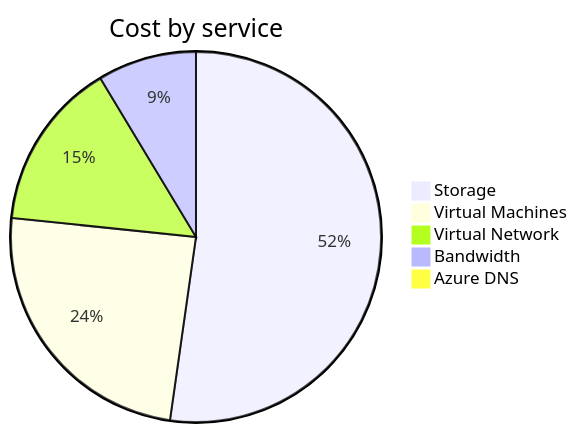
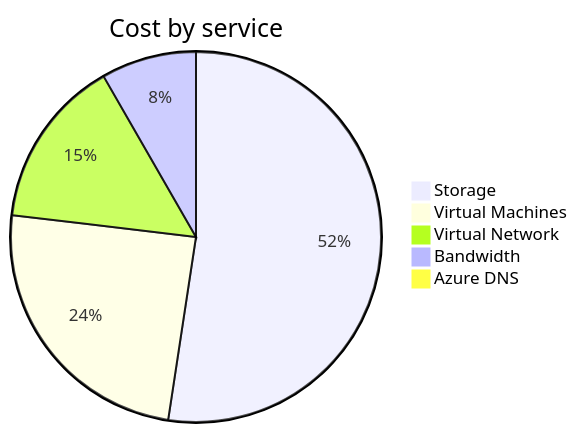
Before and after one commit to jpfulton/azure-personal-reports: the second of 4 diagrams in cost-reports/personal-network/README.md, drawn with Mermaid. The commit also changed other lines of this file and 8 other files, not shown here.

````diff
--- a/cost-reports/personal-network/README.md
+++ b/cost-reports/personal-network/README.md
@@ -85,9 +99,9 @@
 ```mermaid
 pie
    title Cost by service
-   "Storage" : 19.55
-   "Virtual Machines" : 9.13
-   "Virtual Network" : 5.51
+   "Storage" : 20.38
+   "Virtual Machines" : 9.52
+   "Virtual Network" : 5.76
    "Bandwidth" : 3.23
-   "Azure DNS" : 0.37
+   "Azure DNS" : 0.39
 ```
````
